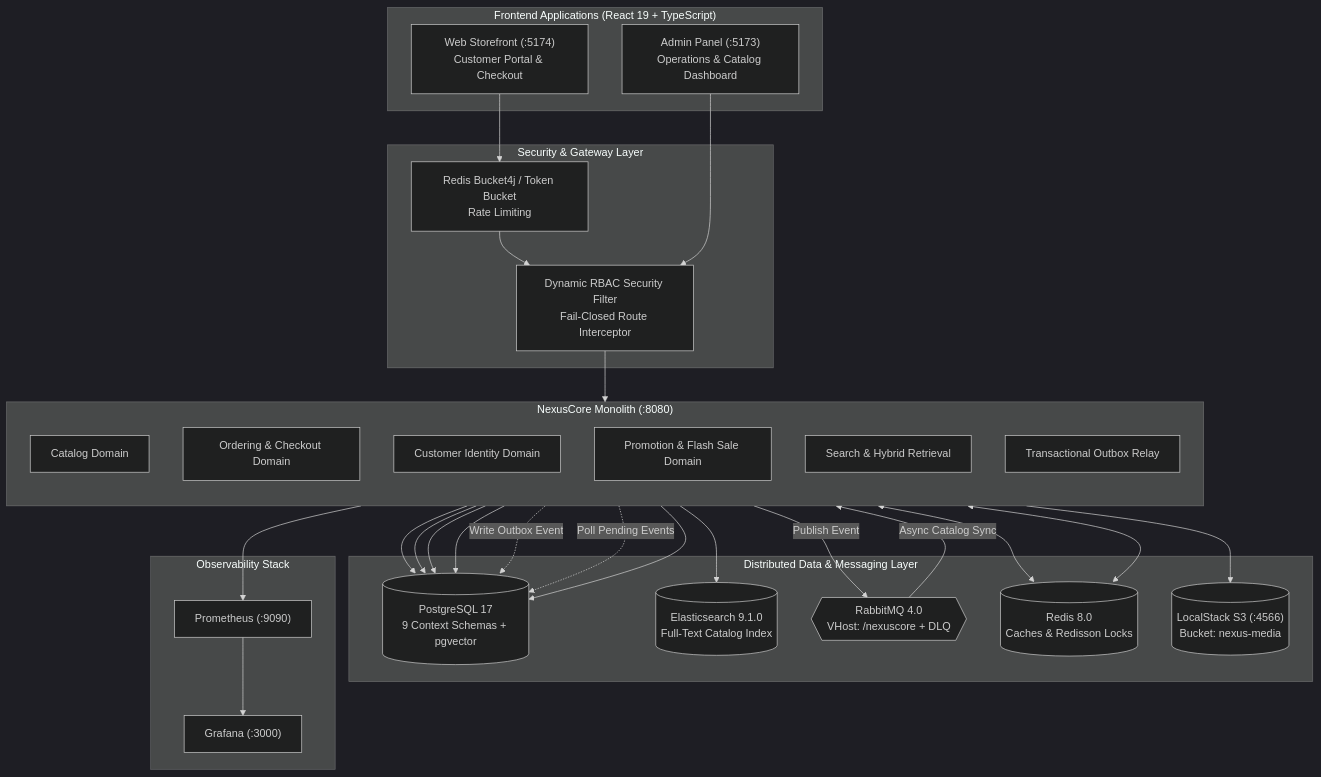
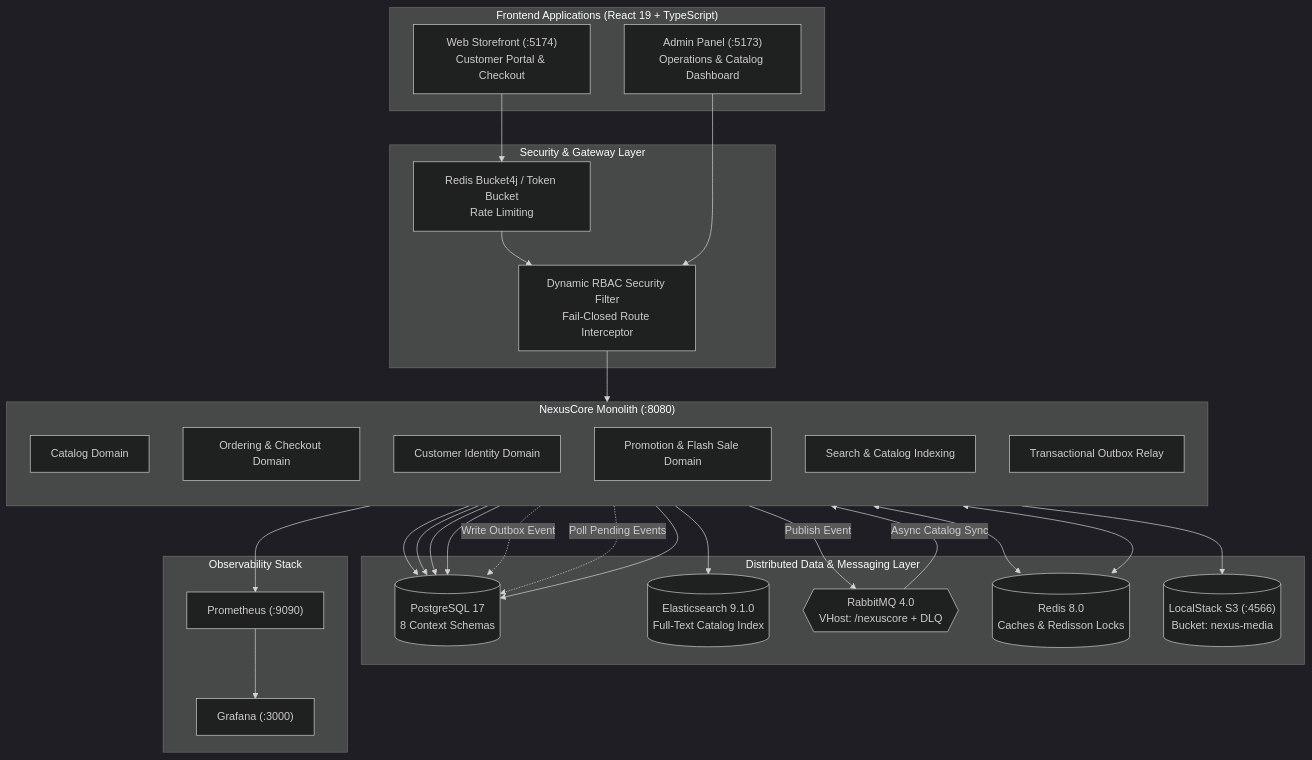
Before and after one commit to AadarshPandey/NexusEngine: the first of 4 diagrams in README.md, drawn with Mermaid (dark theme). The commit also changed other lines of this file, not shown here.

Commit message:
docs: align README with 8 bounded context schemas and remove obsolete AI references

````diff
--- a/README.md
+++ b/README.md
@@ -48,59 +48,59 @@
 ```mermaid
 flowchart TD
     subgraph Clients["Frontend Applications (React 19 + TypeScript)"]
         Storefront["Web Storefront (:5174)<br/>Customer Portal & Checkout"]
         AdminUI["Admin Panel (:5173)<br/>Operations & Catalog Dashboard"]
     end
 
     subgraph Edge["Security & Gateway Layer"]
         Security["Dynamic RBAC Security Filter<br/>Fail-Closed Route Interceptor"]
         RateLimiter["Redis Bucket4j / Token Bucket<br/>Rate Limiting"]
     end
 
     subgraph Core["NexusCore Monolith (:8080)"]
         direction TB
         CatalogContext["Catalog Domain"]
         OrderingContext["Ordering & Checkout Domain"]
         CustomerContext["Customer Identity Domain"]
         PromoContext["Promotion & Flash Sale Domain"]
-        SearchContext["Search & Hybrid Retrieval"]
+        SearchContext["Search & Catalog Indexing"]
         OutboxWorker["Transactional Outbox Relay"]
     end
 
     subgraph Storage["Distributed Data & Messaging Layer"]
-        PG[("PostgreSQL 17<br/>9 Context Schemas + pgvector")]
+        PG[("PostgreSQL 17<br/>8 Context Schemas")]
         ES[("Elasticsearch 9.1.0<br/>Full-Text Catalog Index")]
         RMQ{{"RabbitMQ 4.0<br/>VHost: /nexuscore + DLQ"}}
         RedisCache[("Redis 8.0<br/>Caches & Redisson Locks")]
         S3Storage[("LocalStack S3 (:4566)<br/>Bucket: nexus-media")]
     end
 
     subgraph Telemetry["Observability Stack"]
         Prom["Prometheus (:9090)"]
         Graf["Grafana (:3000)"]
     end
 
     Storefront --> RateLimiter --> Security
     AdminUI --> Security
     Security --> Core
 
     CatalogContext --> PG
     OrderingContext --> PG
     CustomerContext --> PG
     PromoContext --> PG
 
     OrderingContext -.->|Write Outbox Event| PG
     OutboxWorker -.->|Poll Pending Events| PG
     OutboxWorker -->|Publish Event| RMQ
 
     CatalogContext <--> RedisCache
     PromoContext <--> RedisCache
     CatalogContext --> S3Storage
 
     SearchContext --> ES
     SearchContext --> PG
 
     RMQ -->|Async Catalog Sync| SearchContext
 
     Core --> Prom --> Graf
 ```
````
